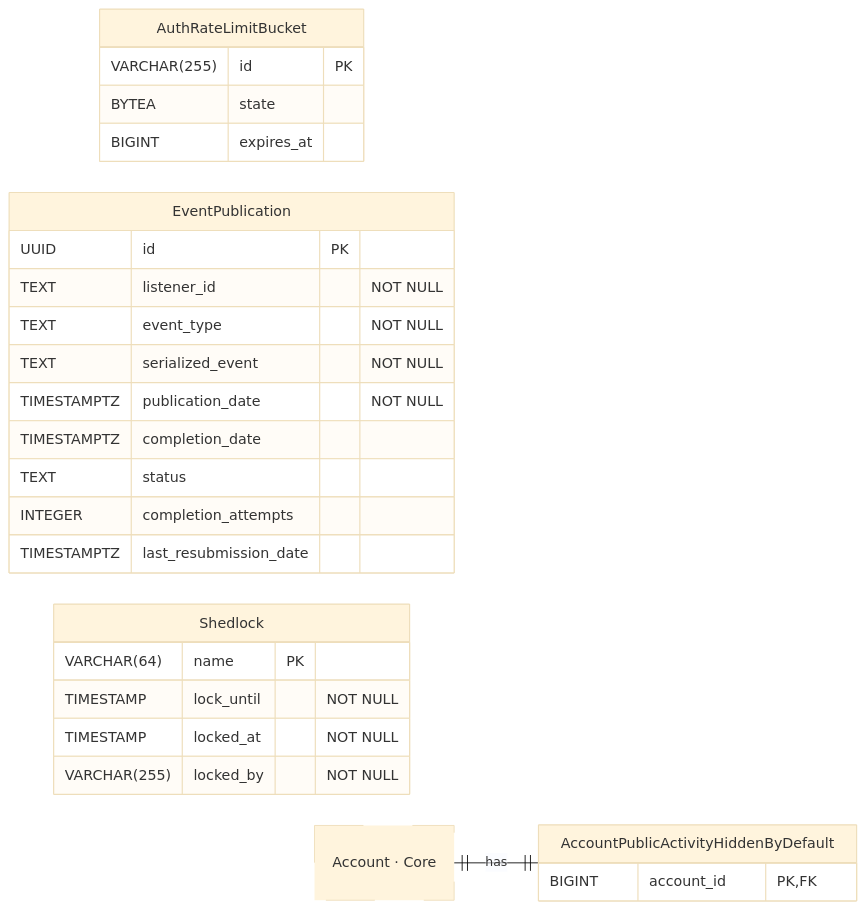
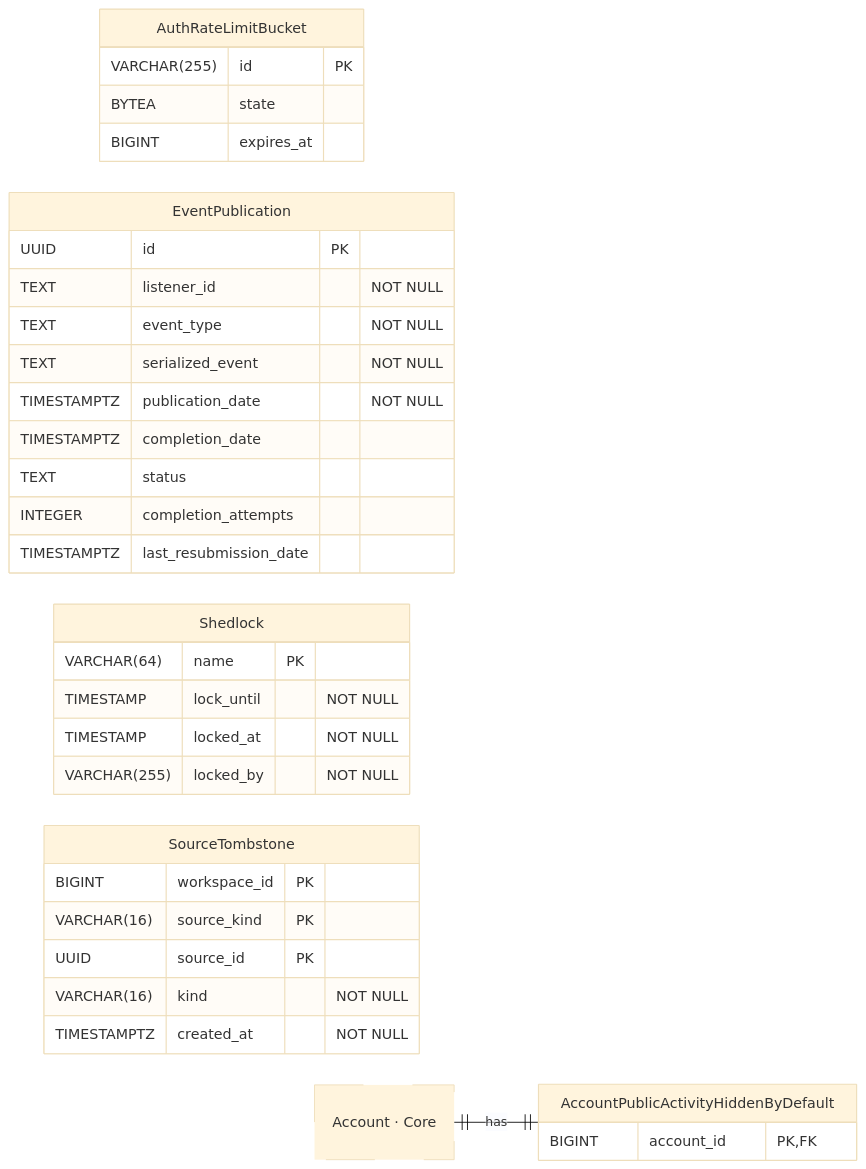
The diagram in docs/contributor/erd/without-entity.mmd (hephaestus-build/Hephaestus), drawn with Mermaid (base theme) before and after one commit. The commit also changed 17 other files, not shown here.

```diff
--- a/docs/contributor/erd/without-entity.mmd
+++ b/docs/contributor/erd/without-entity.mmd
@@ -1,53 +1,61 @@
 ---
 config:
     layout: elk
 ---
 erDiagram
     %% Generated automatically from PostgreSQL database schema
     %% using scripts/generate-mermaid-erd.ts
     %% To regenerate: vp run db:generate-erd-docs
 
     direction LR
 
     AccountPublicActivityHiddenByDefault {
         BIGINT account_id PK,FK
     }
 
     AuthRateLimitBucket {
         VARCHAR(255) id PK
         BYTEA state
         BIGINT expires_at
     }
 
     EventPublication {
         UUID id PK
         TEXT listener_id "NOT NULL"
         TEXT event_type "NOT NULL"
         TEXT serialized_event "NOT NULL"
         TIMESTAMPTZ publication_date "NOT NULL"
         TIMESTAMPTZ completion_date
         TEXT status
         INTEGER completion_attempts
         TIMESTAMPTZ last_resubmission_date
     }
 
     Shedlock {
         VARCHAR(64) name PK
         TIMESTAMP lock_until "NOT NULL"
         TIMESTAMP locked_at "NOT NULL"
         VARCHAR(255) locked_by "NOT NULL"
     }
 
+    SourceTombstone {
+        BIGINT workspace_id PK
+        VARCHAR(16) source_kind PK
+        UUID source_id PK
+        VARCHAR(16) kind "NOT NULL"
+        TIMESTAMPTZ created_at "NOT NULL"
+    }
+
     Account["Account · Core"]
 
     %% Relationships
     %% One-to-One relationships
     Account ||--|| AccountPublicActivityHiddenByDefault : has
 
     %% Styling
     classDef primaryEntity stroke-width:2px
     classDef associationEntity stroke-width:1px
     classDef metadataEntity stroke-width:1px
     classDef referenceEntity stroke-dasharray:5 5
 
     class Account referenceEntity
```
